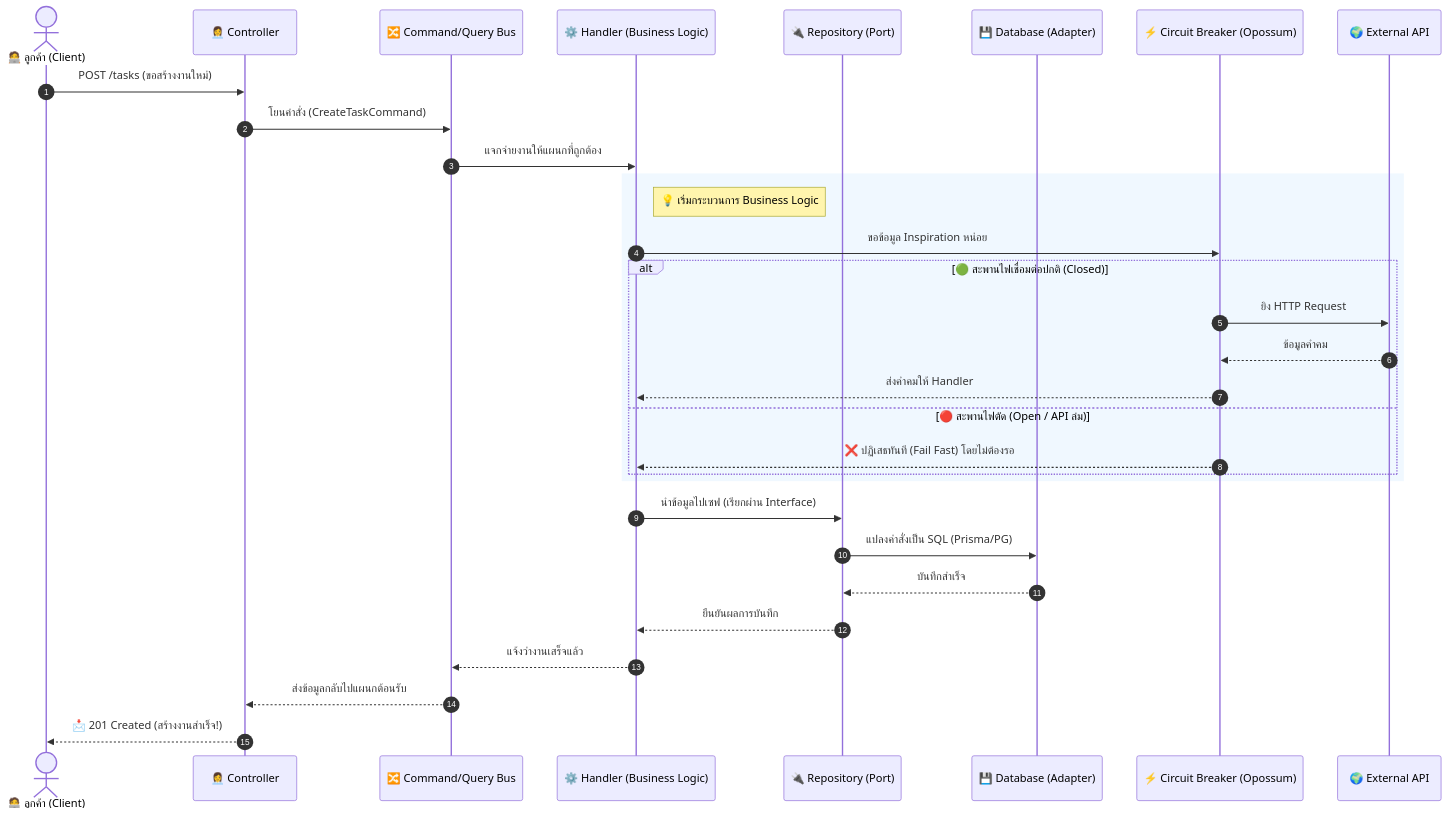
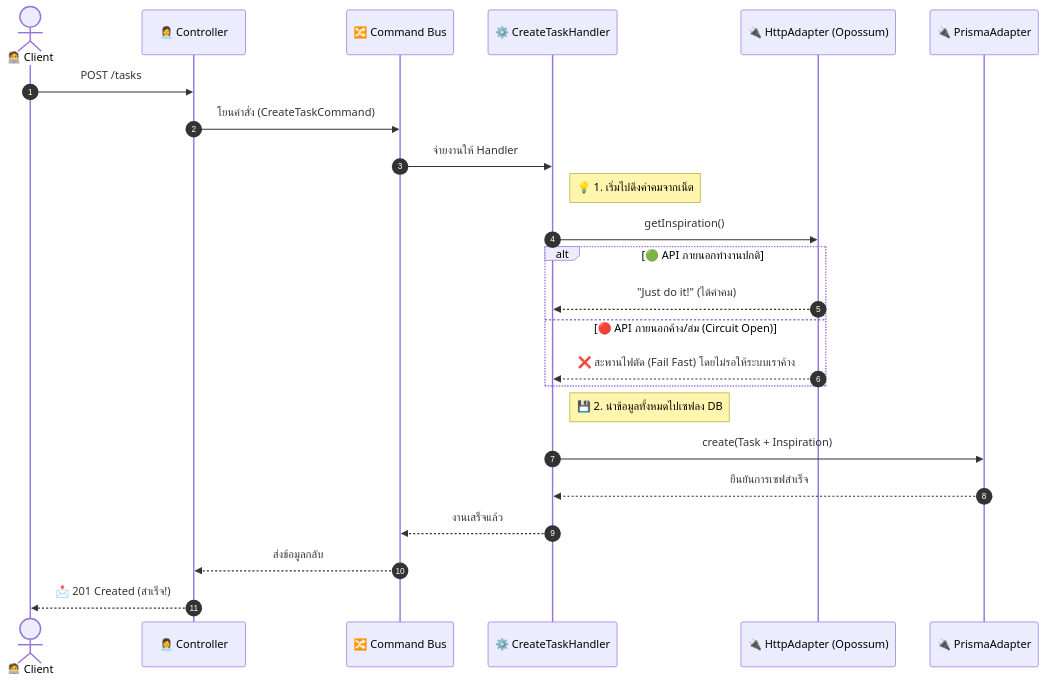
Before and after one commit to SiripongPadkhuntod/NestJS-ToDoList: the third of 5 diagrams in System_Lifecycle.md, drawn with Mermaid. The commit also changed other lines of this file and 1 other file, not shown here.

````diff
--- a/System_Lifecycle.md
+++ b/System_Lifecycle.md
@@ -110,38 +96,31 @@
 ```mermaid
 sequenceDiagram
     autonumber
-    actor C as 🧑‍💻 ลูกค้า (Client)
+    actor C as 🧑‍💻 Client
     participant Ctrl as 👩‍💼 Controller
-    participant Bus as 🔀 Command/Query Bus
-    participant H as ⚙️ Handler (Business Logic)
-    participant Repo as 🔌 Repository (Port)
-    participant DB as 💾 Database (Adapter)
-    participant CB as ⚡ Circuit Breaker (Opossum)
-    participant Ext as 🌍 External API
+    participant Bus as 🔀 Command Bus
+    participant H as ⚙️ CreateTaskHandler
+    participant API as 🔌 HttpAdapter (Opossum)
+    participant Repo as 🔌 PrismaAdapter
     
-    C->>Ctrl: POST /tasks (ขอสร้างงานใหม่)
+    C->>Ctrl: POST /tasks
     Ctrl->>Bus: โยนคำสั่ง (CreateTaskCommand)
-    Bus->>H: แจกจ่ายงานให้แผนกที่ถูกต้อง
+    Bus->>H: จ่ายงานให้ Handler
     
-    rect rgb(240, 248, 255)
-        Note right of H: 💡 เริ่มกระบวนการ Business Logic
-        H->>CB: ขอข้อมูล Inspiration หน่อย
-        
-        alt 🟢 สะพานไฟเชื่อมต่อปกติ (Closed)
-            CB->>Ext: ยิง HTTP Request
-            Ext-->>CB: ข้อมูลคำคม
-            CB-->>H: ส่งคำคมให้ Handler
-        else 🔴 สะพานไฟตัด (Open / API ล่ม)
-            CB-->>H: ❌ ปฏิเสธทันที (Fail Fast) โดยไม่ต้องรอ
-        end
+    Note right of H: 💡 1. เริ่มไปดึงคำคมจากเน็ต
+    H->>API: getInspiration()
+    
+    alt 🟢 API ภายนอกทำงานปกติ
+        API-->>H: "Just do it!" (ได้คำคม)
+    else 🔴 API ภายนอกค้าง/ล่ม (Circuit Open)
+        API-->>H: ❌ สะพานไฟตัด (Fail Fast) โดยไม่รอให้ระบบเราค้าง
     end
     
-    H->>Repo: นำข้อมูลไปเซฟ (เรียกผ่าน Interface)
-    Repo->>DB: แปลงคำสั่งเป็น SQL (Prisma/PG)
-    DB-->>Repo: บันทึกสำเร็จ
-    Repo-->>H: ยืนยันผลการบันทึก
+    Note right of H: 💾 2. นำข้อมูลทั้งหมดไปเซฟลง DB
+    H->>Repo: create(Task + Inspiration)
+    Repo-->>H: ยืนยันการเซฟสำเร็จ
     
-    H-->>Bus: แจ้งว่างานเสร็จแล้ว
-    Bus-->>Ctrl: ส่งข้อมูลกลับไปแผนกต้อนรับ
-    Ctrl-->>C: 📩 201 Created (สร้างงานสำเร็จ!)
+    H-->>Bus: งานเสร็จแล้ว
+    Bus-->>Ctrl: ส่งข้อมูลกลับ
+    Ctrl-->>C: 📩 201 Created (สำเร็จ!)
 ```
````
